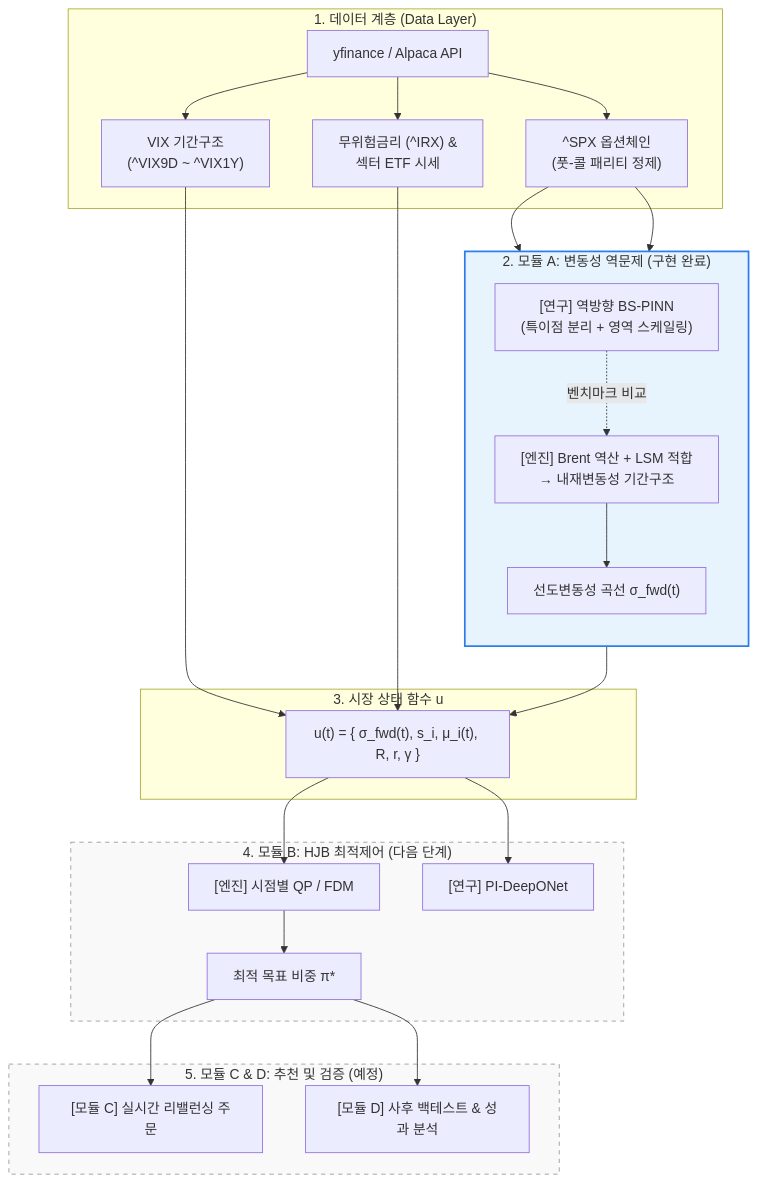
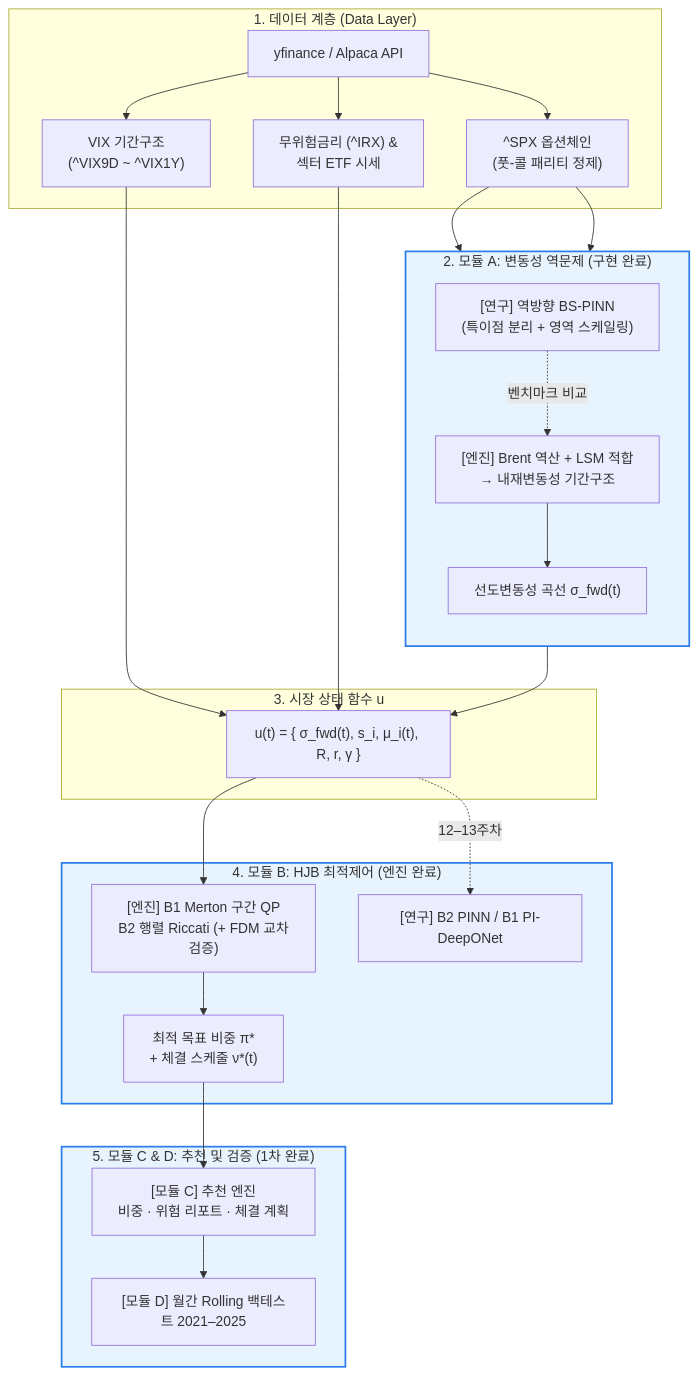
One commit to LeeJinHyuck02/independent-study-1 changed the diagram in README.md. Above: the diagram before and after it, drawn with Mermaid. The commit also changed other lines of this file and 46 other files, not shown here.

````diff
--- a/README.md
+++ b/README.md
@@ -43,37 +46,37 @@
 ```mermaid
 flowchart TD
     subgraph DataLayer ["1. 데이터 계층 (Data Layer)"]
         D1["yfinance / Alpaca API"] --> D2["^SPX 옵션체인<br/>(풋-콜 패리티 정제)"]
         D1 --> D3["VIX 기간구조<br/>(^VIX9D ~ ^VIX1Y)"]
         D1 --> D4["무위험금리 (^IRX) &<br/>섹터 ETF 시세"]
     end
 
     subgraph ModuleA ["2. 모듈 A: 변동성 역문제 (구현 완료)"]
         direction TB
         D2 --> A_Engine["[엔진] Brent 역산 + LSM 적합<br/>→ 내재변동성 기간구조"]
         D2 --> A_PINN["[연구] 역방향 BS-PINN<br/>(특이점 분리 + 영역 스케일링)"]
         A_Engine --> A_Out["선도변동성 곡선 σ_fwd(t)"]
         A_PINN -. "벤치마크 비교" .-> A_Engine
     end
 
     subgraph MarketState ["3. 시장 상태 함수 u"]
         A_Out --> U["u(t) = { σ_fwd(t), s_i, μ_i(t), R, r, γ }"]
         D3 --> U
         D4 --> U
     end
 
-    subgraph ModuleB ["4. 모듈 B: HJB 최적제어 (다음 단계)"]
-        U --> B_Engine["[엔진] 시점별 QP / FDM"]
-        U --> B_DeepONet["[연구] PI-DeepONet"]
-        B_Engine --> TargetWeight["최적 목표 비중 π*"]
+    subgraph ModuleB ["4. 모듈 B: HJB 최적제어 (엔진 완료)"]
+        U --> B_Engine["[엔진] B1 Merton 구간 QP<br/>B2 행렬 Riccati (+ FDM 교차검증)"]
+        U -. "12–13주차" .-> B_Neural["[연구] B2 PINN / B1 PI-DeepONet"]
+        B_Engine --> TargetWeight["최적 목표 비중 π*<br/>+ 체결 스케줄 ν*(t)"]
     end
 
-    subgraph ModuleCD ["5. 모듈 C & D: 추천 및 검증 (예정)"]
-        TargetWeight --> C["[모듈 C] 실시간 리밸런싱 주문"]
-        TargetWeight --> D["[모듈 D] 사후 백테스트 & 성과 분석"]
+    subgraph ModuleCD ["5. 모듈 C & D: 추천 및 검증 (1차 완료)"]
+        TargetWeight --> C["[모듈 C] 추천 엔진<br/>비중 · 위험 리포트 · 체결 계획"]
+        C --> D["[모듈 D] 월간 Rolling 백테스트 2021–2025"]
     end
 
     style ModuleA fill:#e8f4fd,stroke:#2b7de9,stroke-width:2px
-    style ModuleB fill:#f9f9f9,stroke:#999,stroke-dasharray: 5 5
-    style ModuleCD fill:#f9f9f9,stroke:#999,stroke-dasharray: 5 5
+    style ModuleB fill:#e8f4fd,stroke:#2b7de9,stroke-width:2px
+    style ModuleCD fill:#e8f4fd,stroke:#2b7de9,stroke-width:2px
 ```
````
